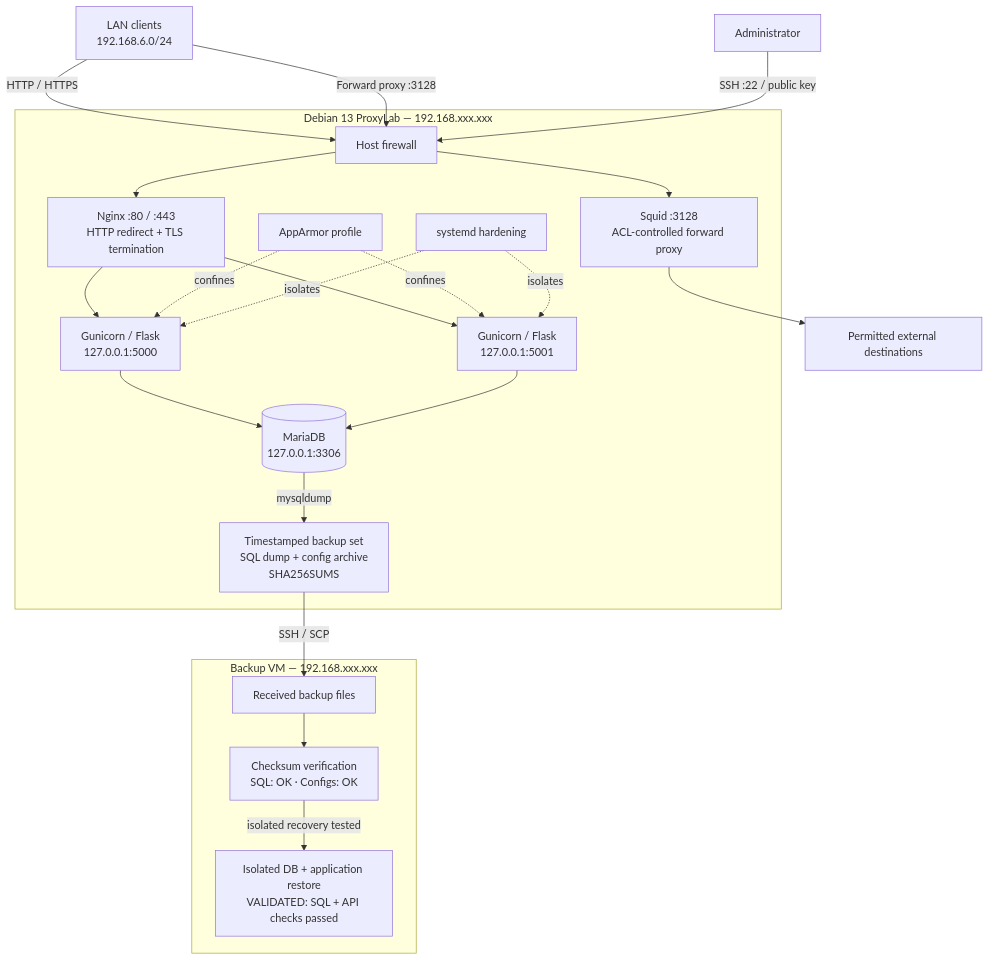
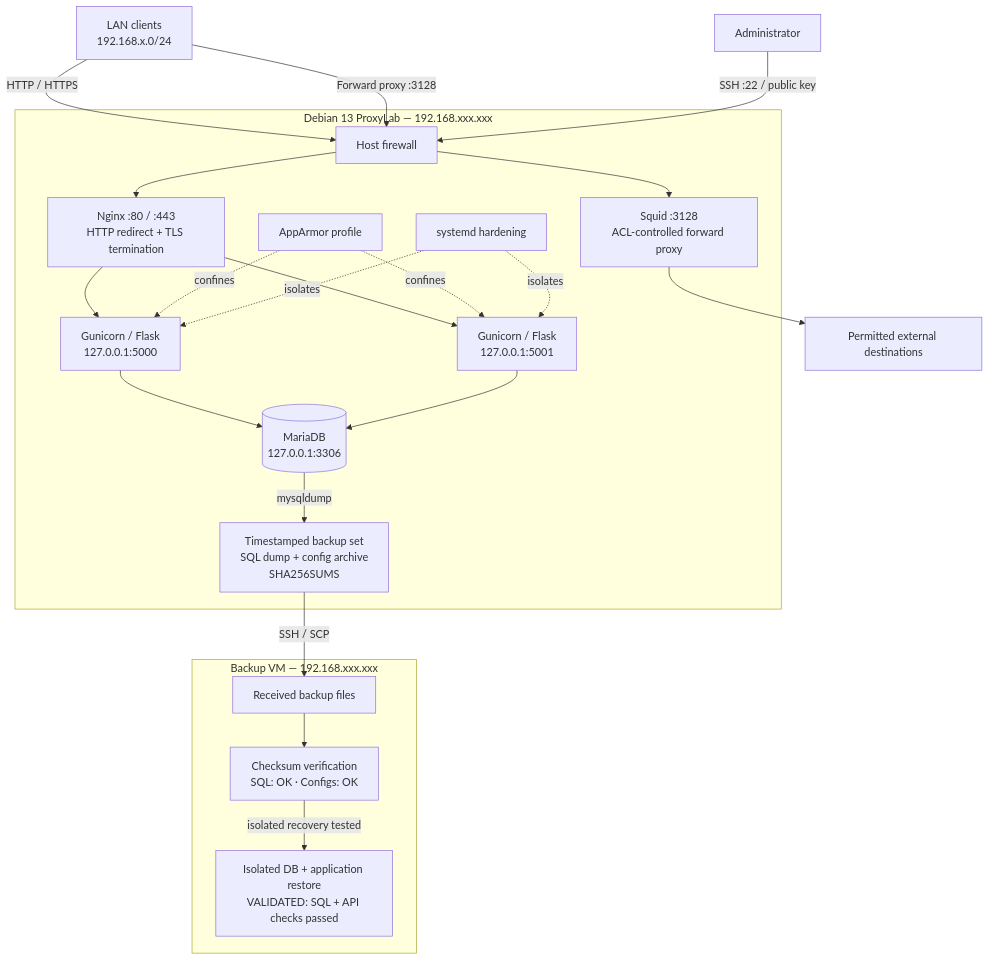
The diagram in README.md (Rash499/ProxyLab), drawn with Mermaid before and after one commit. The commit also changed other lines of this file, not shown here.

````diff
--- a/README.md
+++ b/README.md
@@ -11,28 +11,28 @@
 ```mermaid
 flowchart TB
-  Client["LAN clients<br/>192.168.6.0/24"] -->|"HTTP / HTTPS"| FW["Host firewall"]
+  Client["LAN clients<br/>192.168.x.0/24"] -->|"HTTP / HTTPS"| FW["Host firewall"]
   Client -->|"Forward proxy :3128"| FW
   Admin["Administrator"] -->|"SSH :22 / public key"| FW
   subgraph VM["Debian 13 ProxyLab — 192.168.xxx.xxx"]
     FW --> N["Nginx :80 / :443<br/>HTTP redirect + TLS termination"]
     FW --> S["Squid :3128<br/>ACL-controlled forward proxy"]
     N --> B1["Gunicorn / Flask<br/>127.0.0.1:5000"]
     N --> B2["Gunicorn / Flask<br/>127.0.0.1:5001"]
     B1 --> DB[("MariaDB<br/>127.0.0.1:3306")]
     B2 --> DB
     AA["AppArmor profile"] -. confines .-> B1
     AA -. confines .-> B2
     SD["systemd hardening"] -. isolates .-> B1
     SD -. isolates .-> B2
     DB -->|"mysqldump"| BK["Timestamped backup set<br/>SQL dump + config archive<br/>SHA256SUMS"]
   end
   S --> Internet["Permitted external destinations"]
   subgraph Recovery["Backup VM — 192.168.xxx.xxx"]
     DST["Received backup files"]
     VERIFY["Checksum verification<br/>SQL: OK · Configs: OK"]
     RESTORE["Isolated DB + application restore<br/>VALIDATED: SQL + API checks passed"]
     DST --> VERIFY
     VERIFY -->|"isolated recovery tested"| RESTORE
   end
   BK -->|"SSH / SCP"| DST
 ```
````
